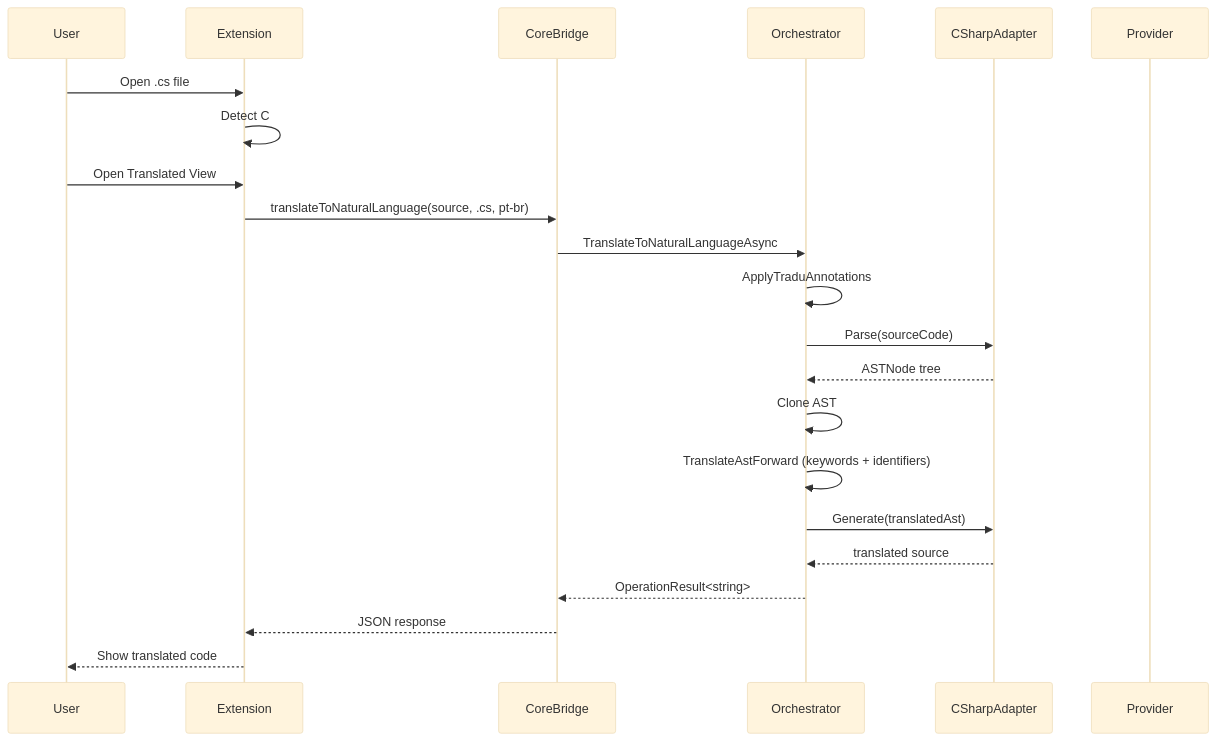
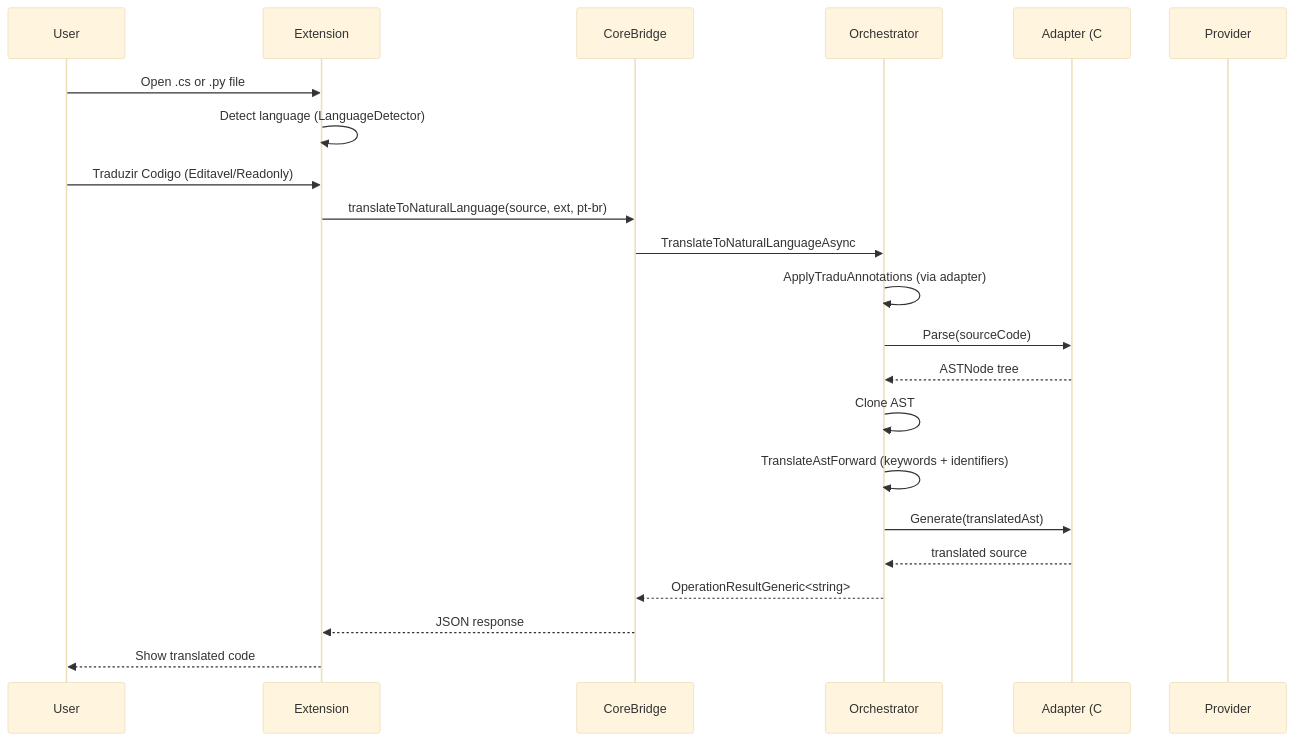
Before and after one commit to NFAsylum/babel-tcc: the first of 2 diagrams in docs/developer-guide/architecture.md, drawn with Mermaid (base theme). The commit also changed other lines of this file and 5 other files, not shown here.

````diff
--- a/docs/developer-guide/architecture.md
+++ b/docs/developer-guide/architecture.md
@@ -71,25 +80,25 @@
 ```mermaid
 sequenceDiagram
     participant U as User
     participant E as Extension
     participant CB as CoreBridge
     participant O as Orchestrator
-    participant A as CSharpAdapter
+    participant A as Adapter (C#/Python)
     participant P as Provider
 
-    U->>E: Open .cs file
-    E->>E: Detect C# language
-    U->>E: Open Translated View
-    E->>CB: translateToNaturalLanguage(source, .cs, pt-br)
+    U->>E: Open .cs or .py file
+    E->>E: Detect language (LanguageDetector)
+    U->>E: Traduzir Codigo (Editavel/Readonly)
+    E->>CB: translateToNaturalLanguage(source, ext, pt-br)
     CB->>O: TranslateToNaturalLanguageAsync
-    O->>O: ApplyTraduAnnotations
+    O->>O: ApplyTraduAnnotations (via adapter)
     O->>A: Parse(sourceCode)
     A-->>O: ASTNode tree
     O->>O: Clone AST
     O->>O: TranslateAstForward (keywords + identifiers)
     O->>A: Generate(translatedAst)
     A-->>O: translated source
-    O-->>CB: OperationResult<string>
+    O-->>CB: OperationResultGeneric<string>
     CB-->>E: JSON response
     E-->>U: Show translated code
 ```
````
